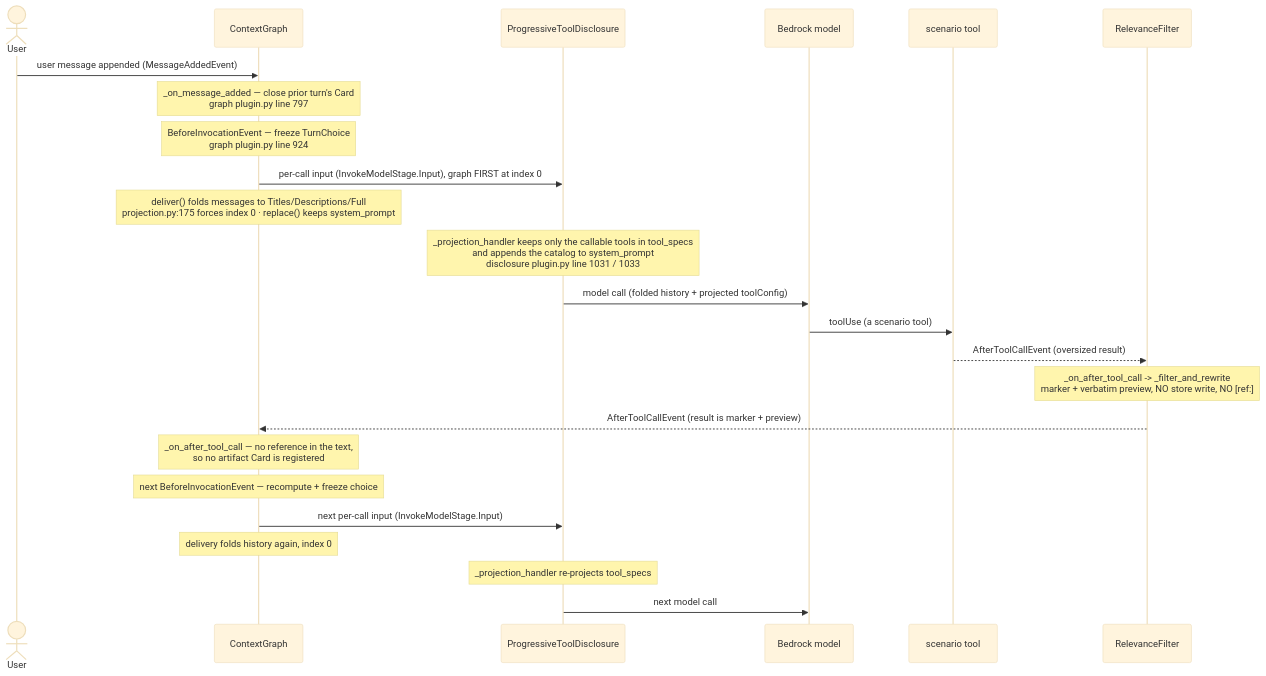
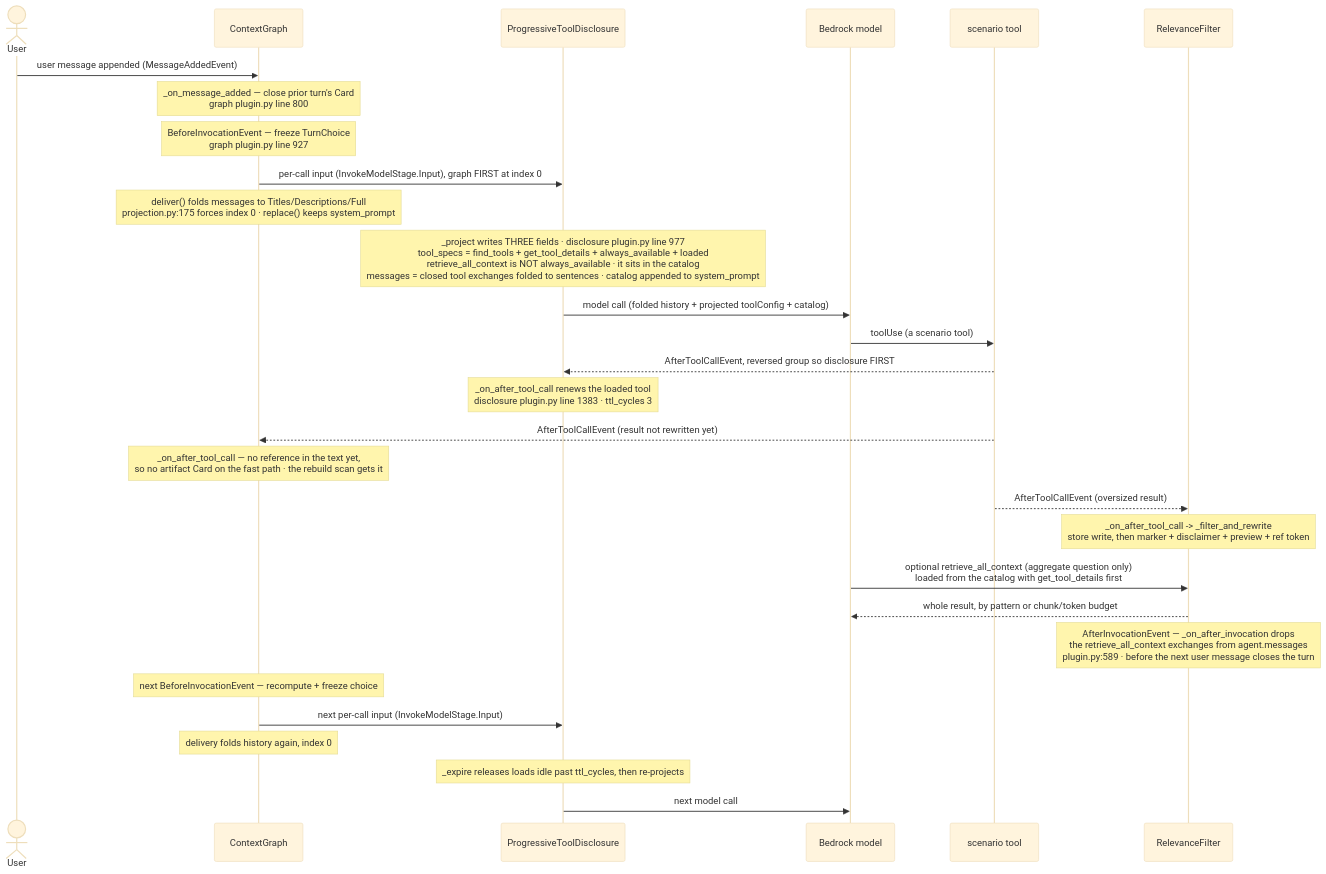
Before and after one commit to aws-samples/sample-context-engineering: the diagram in docs/design/sequence/sequence-combined-stack.md, drawn with Mermaid (base theme). The commit also changed other lines of this file and 11 other files, not shown here.

First line of the commit message:
docs: bring design, sequence and how-to docs to the current code

````diff
--- a/docs/design/sequence/sequence-combined-stack.md
+++ b/docs/design/sequence/sequence-combined-stack.md
@@ -238,30 +302,37 @@
 ```mermaid
 sequenceDiagram
     actor User
     participant Graph as ContextGraph
     participant Disc as ProgressiveToolDisclosure
     participant Model as Bedrock model
     participant Tool as scenario tool
     participant Rel as RelevanceFilter
 
     User->>Graph: user message appended (MessageAddedEvent)
-    Note over Graph: _on_message_added — close prior turn's Card<br/>graph plugin.py line 797
+    Note over Graph: _on_message_added — close prior turn's Card<br/>graph plugin.py line 800
 
-    Note over Graph: BeforeInvocationEvent — freeze TurnChoice<br/>graph plugin.py line 924
+    Note over Graph: BeforeInvocationEvent — freeze TurnChoice<br/>graph plugin.py line 927
     Graph->>Disc: per-call input (InvokeModelStage.Input), graph FIRST at index 0
     Note over Graph: deliver() folds messages to Titles/Descriptions/Full<br/>projection.py:175 forces index 0 · replace() keeps system_prompt
-    Note over Disc: _projection_handler keeps only the callable tools in tool_specs<br/>and appends the catalog to system_prompt<br/>disclosure plugin.py line 1031 / 1033
-    Disc->>Model: model call (folded history + projected toolConfig)
+    Note over Disc: _project writes THREE fields · disclosure plugin.py line 977<br/>tool_specs = find_tools + get_tool_details + always_available + loaded<br/>retrieve_all_context is NOT always_available · it sits in the catalog<br/>messages = closed tool exchanges folded to sentences · catalog appended to system_prompt
+    Disc->>Model: model call (folded history + projected toolConfig + catalog)
 
     Model->>Tool: toolUse (a scenario tool)
+    Tool-->>Disc: AfterToolCallEvent, reversed group so disclosure FIRST
+    Note over Disc: _on_after_tool_call renews the loaded tool<br/>disclosure plugin.py line 1383 · ttl_cycles 3
+    Tool-->>Graph: AfterToolCallEvent (result not rewritten yet)
+    Note over Graph: _on_after_tool_call — no reference in the text yet,<br/>so no artifact Card on the fast path · the rebuild scan gets it
     Tool-->>Rel: AfterToolCallEvent (oversized result)
-    Note over Rel: _on_after_tool_call -> _filter_and_rewrite<br/>marker + verbatim preview, NO store write, NO [ref:]
-    Rel-->>Graph: AfterToolCallEvent (result is marker + preview)
-    Note over Graph: _on_after_tool_call — no reference in the text,<br/>so no artifact Card is registered
+    Note over Rel: _on_after_tool_call -> _filter_and_rewrite<br/>store write, then marker + disclaimer + preview + ref token
+
+    Model->>Rel: optional retrieve_all_context (aggregate question only)<br/>loaded from the catalog with get_tool_details first
+    Rel-->>Model: whole result, by pattern or chunk/token budget
+
+    Note over Rel: AfterInvocationEvent — _on_after_invocation drops<br/>the retrieve_all_context exchanges from agent.messages<br/>plugin.py:589 · before the next user message closes the turn
 
     Note over Graph: next BeforeInvocationEvent — recompute + freeze choice
     Graph->>Disc: next per-call input (InvokeModelStage.Input)
     Note over Graph: delivery folds history again, index 0
-    Note over Disc: _projection_handler re-projects tool_specs
+    Note over Disc: _expire releases loads idle past ttl_cycles, then re-projects
     Disc->>Model: next model call
 ```
````
